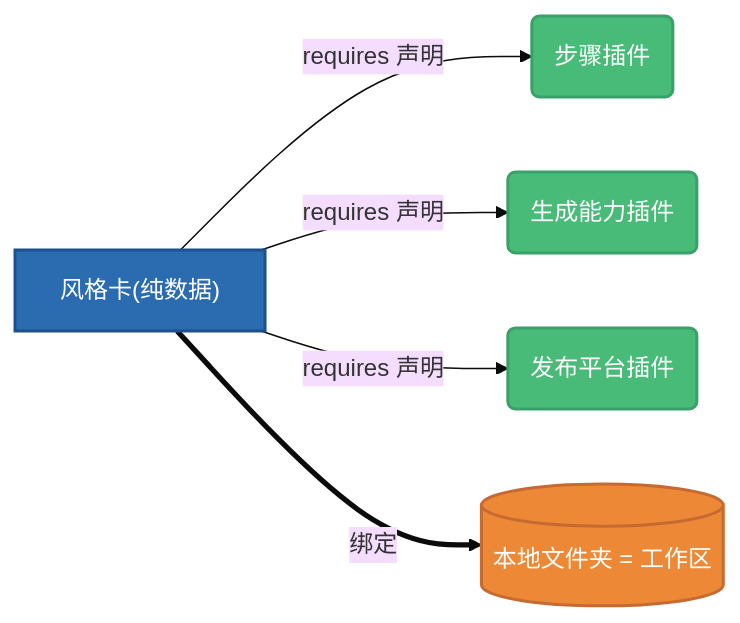
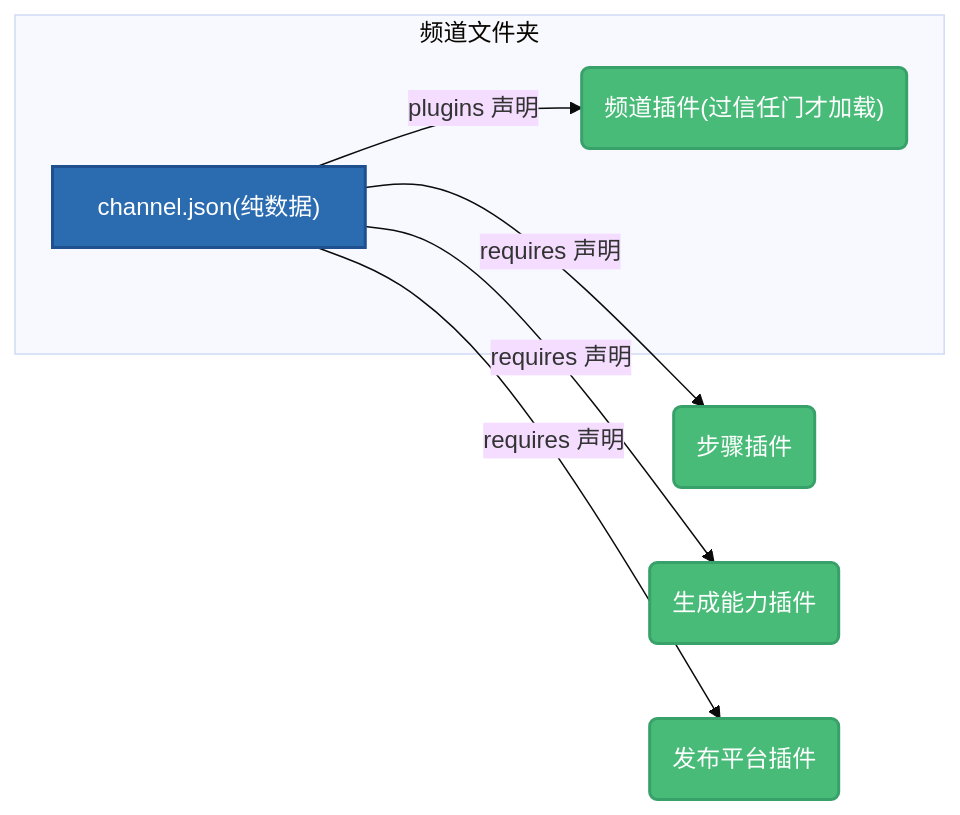
The diagram in site/docs/style-card/overview.md (garveyhu/channek-docs), drawn with Mermaid (base theme) before and after one commit. The commit also changed other lines of this file and 52 other files, not shown here.

````diff
--- a/site/docs/style-card/overview.md
+++ b/site/docs/style-card/overview.md
@@ -32,17 +41,19 @@
 ```mermaid
 graph LR
     classDef card fill:#2B6CB0,stroke:#1E5090,stroke-width:2px,color:#fff
     classDef plugin fill:#48BB78,stroke:#38A169,stroke-width:2px,color:#fff
     classDef ws fill:#ED8936,stroke:#C66A32,stroke-width:2px,color:#fff
 
-    Card["风格卡(纯数据)"]:::card
+    subgraph WS["频道文件夹"]
+        Card["channel.json(纯数据)"]:::card
+        CP("频道插件(过信任门才加载)"):::plugin
+    end
     P1("步骤插件"):::plugin
     P2("生成能力插件"):::plugin
     P3("发布平台插件"):::plugin
-    WS[("本地文件夹 = 工作区")]:::ws
 
     Card -->|"requires 声明"| P1
     Card -->|"requires 声明"| P2
     Card -->|"requires 声明"| P3
-    Card ==>|"绑定"| WS
+    Card -->|"plugins 声明"| CP
 ```
````
